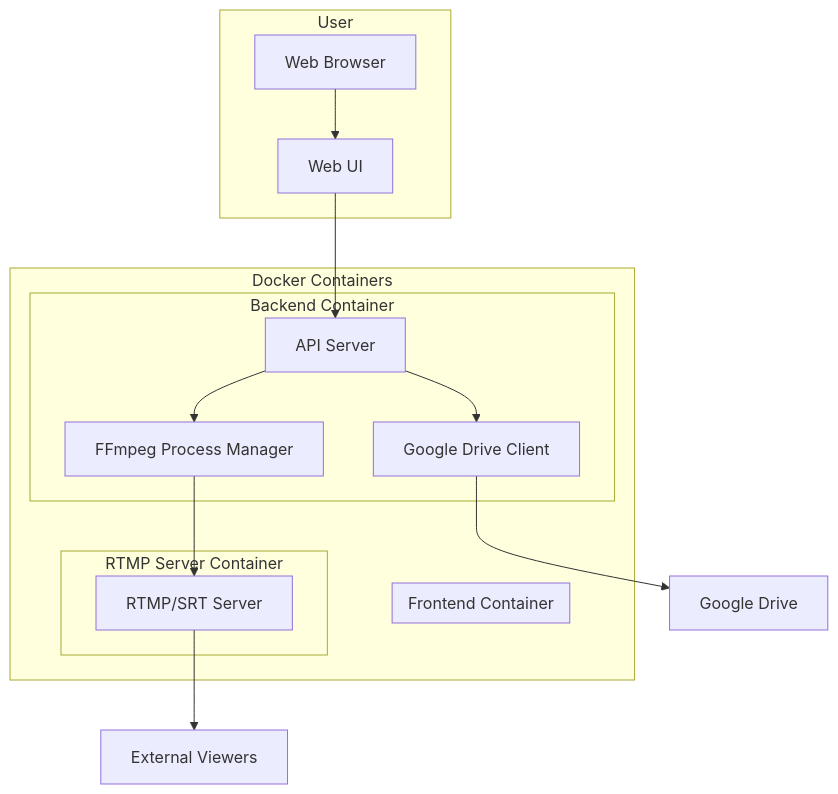
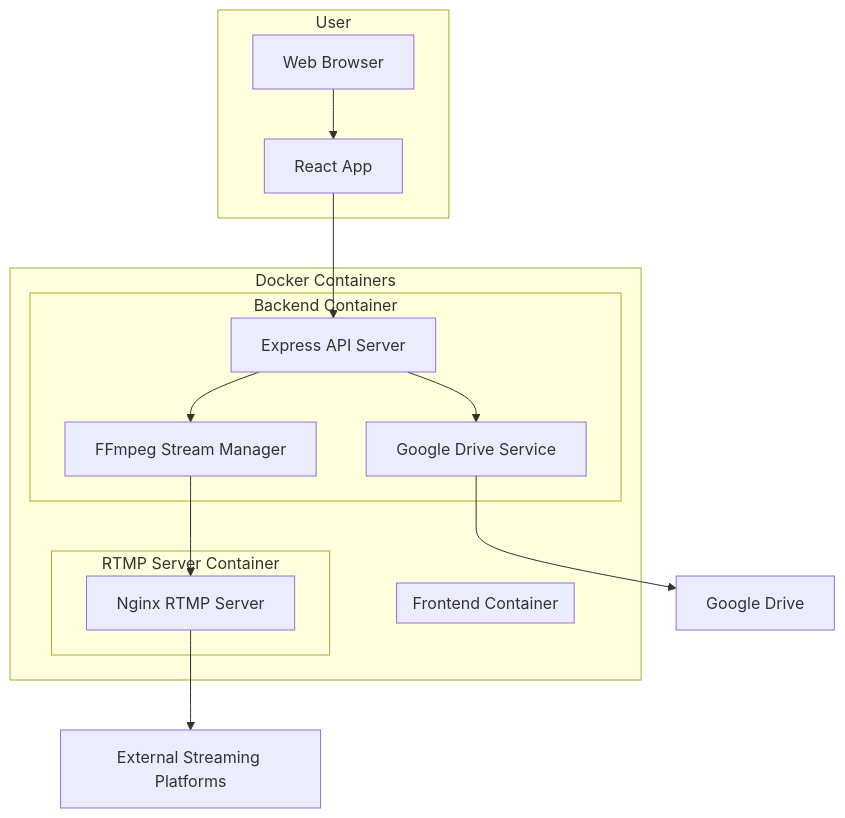
The diagram in README.md (azumag/local-to-rtmp-pusher), drawn with Mermaid before and after one commit. The commit also changed other lines of this file and 22 other files, not shown here.

````diff
--- a/README.md
+++ b/README.md
@@ -20,31 +17,30 @@
 ```mermaid
 graph TD
     subgraph "User"
         A[Web Browser] --> B[Frontend UI]
     end
     
     subgraph "Docker Containers"
         subgraph "Frontend Container"
-            B[Web UI]
+            B[React App]
         end
         
         subgraph "Backend Container"
-            C[API Server]
-            D[Google Drive Client]
-            E[FFmpeg Process Manager]
+            C[Express API Server]
+            D[Google Drive Service]
+            E[FFmpeg Stream Manager]
         end
         
         subgraph "RTMP Server Container"
-            F[RTMP/SRT Server]
+            F[Nginx RTMP Server]
         end
     end
     
     B --> C
     C --> D
     C --> E
     E --> F
     
     D --> G[Google Drive]
-    
-    F --> H[External Viewers]
+    F --> H[External Streaming Platforms]
 ```
````
